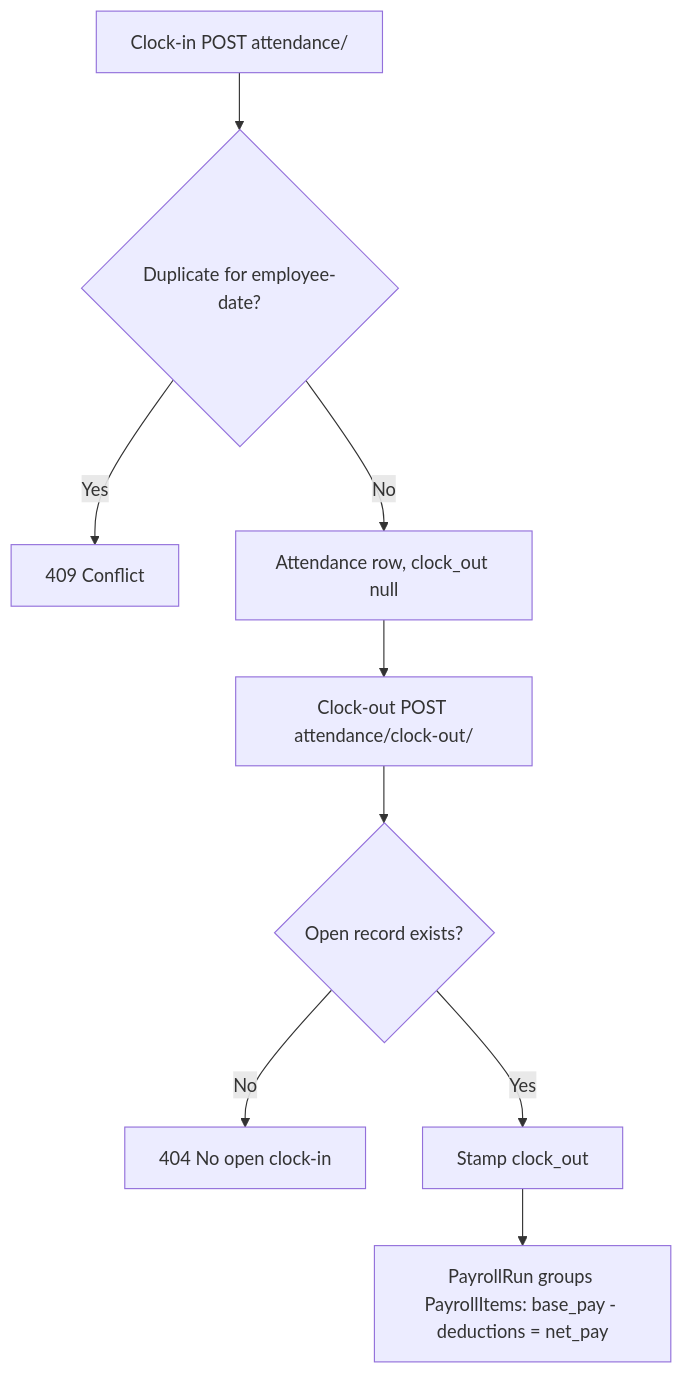
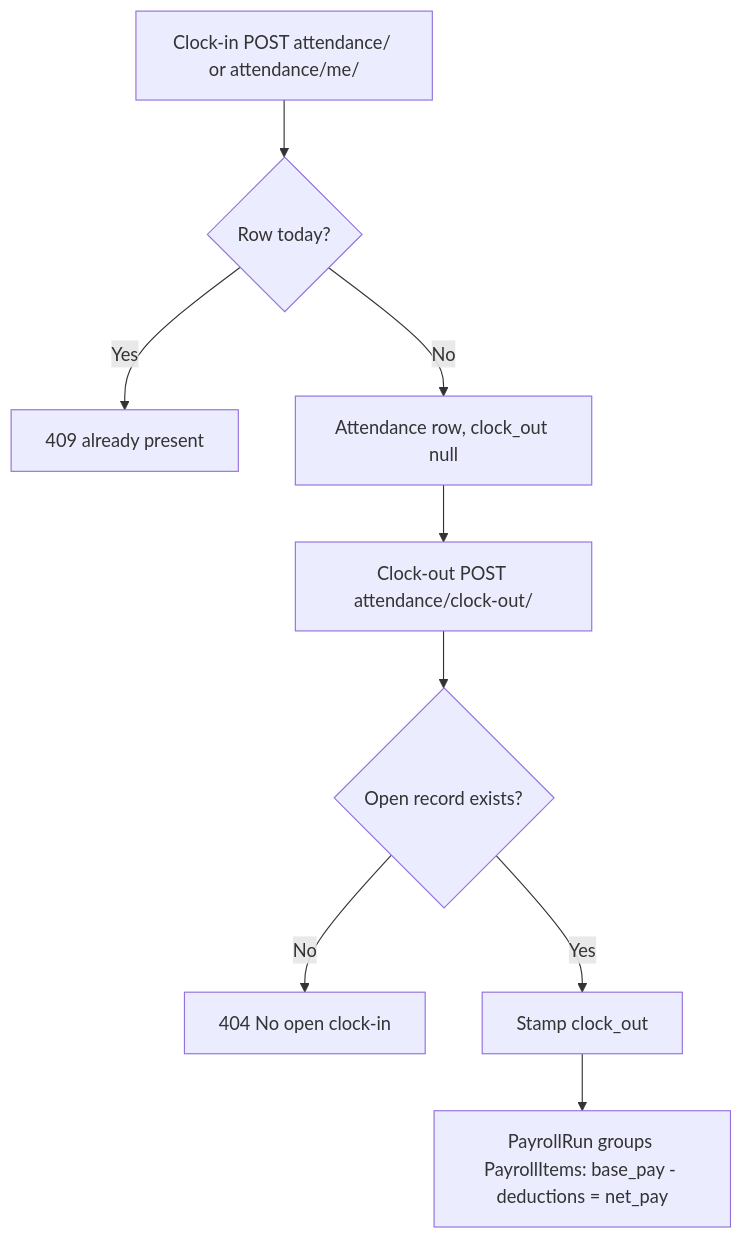
Before and after one commit to kc4el/kumon-ems-: the second of 5 diagrams in docs/chapter3/CHAPTER3.md, drawn with Mermaid. The commit also changed other lines of this file and 9 other files, not shown here.

Commit message:
docs: add Chapter 3 documentation on research design, system architecture, and project setup files

````diff
--- a/docs/chapter3/CHAPTER3.md
+++ b/docs/chapter3/CHAPTER3.md
@@ -77,11 +84,11 @@
 ```mermaid
 flowchart TD
-    A[Clock-in POST attendance/] --> B{Duplicate for employee-date?}
-    B -- Yes --> C[409 Conflict]
+    A[Clock-in POST attendance/ or attendance/me/] --> B{Row today?}
+    B -- Yes --> C[409 already present]
     B -- No --> D[Attendance row, clock_out null]
     D --> E[Clock-out POST attendance/clock-out/]
     E --> F{Open record exists?}
     F -- No --> G[404 No open clock-in]
     F -- Yes --> H[Stamp clock_out]
     H --> I[PayrollRun groups PayrollItems: base_pay - deductions = net_pay]
 ```
````
